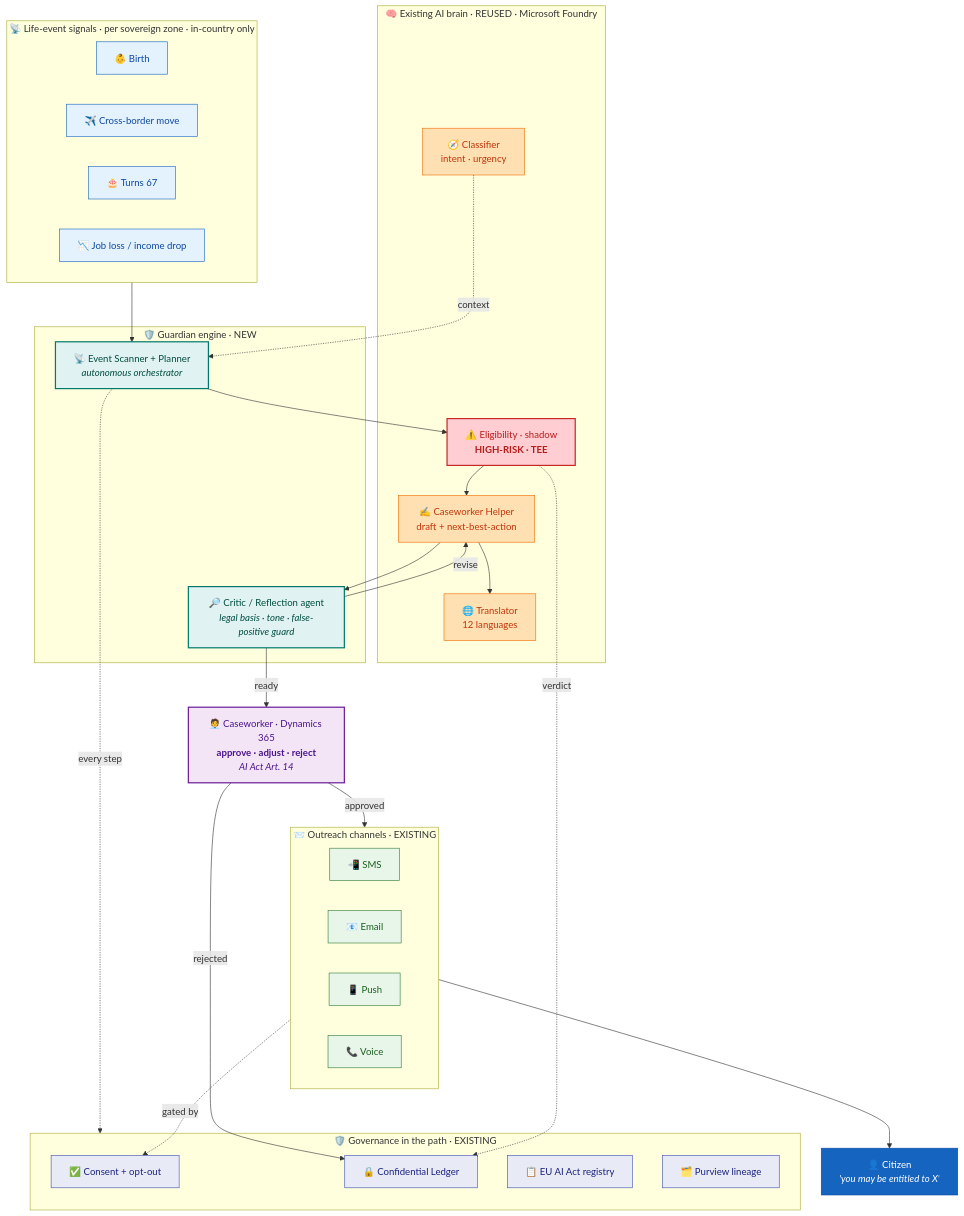
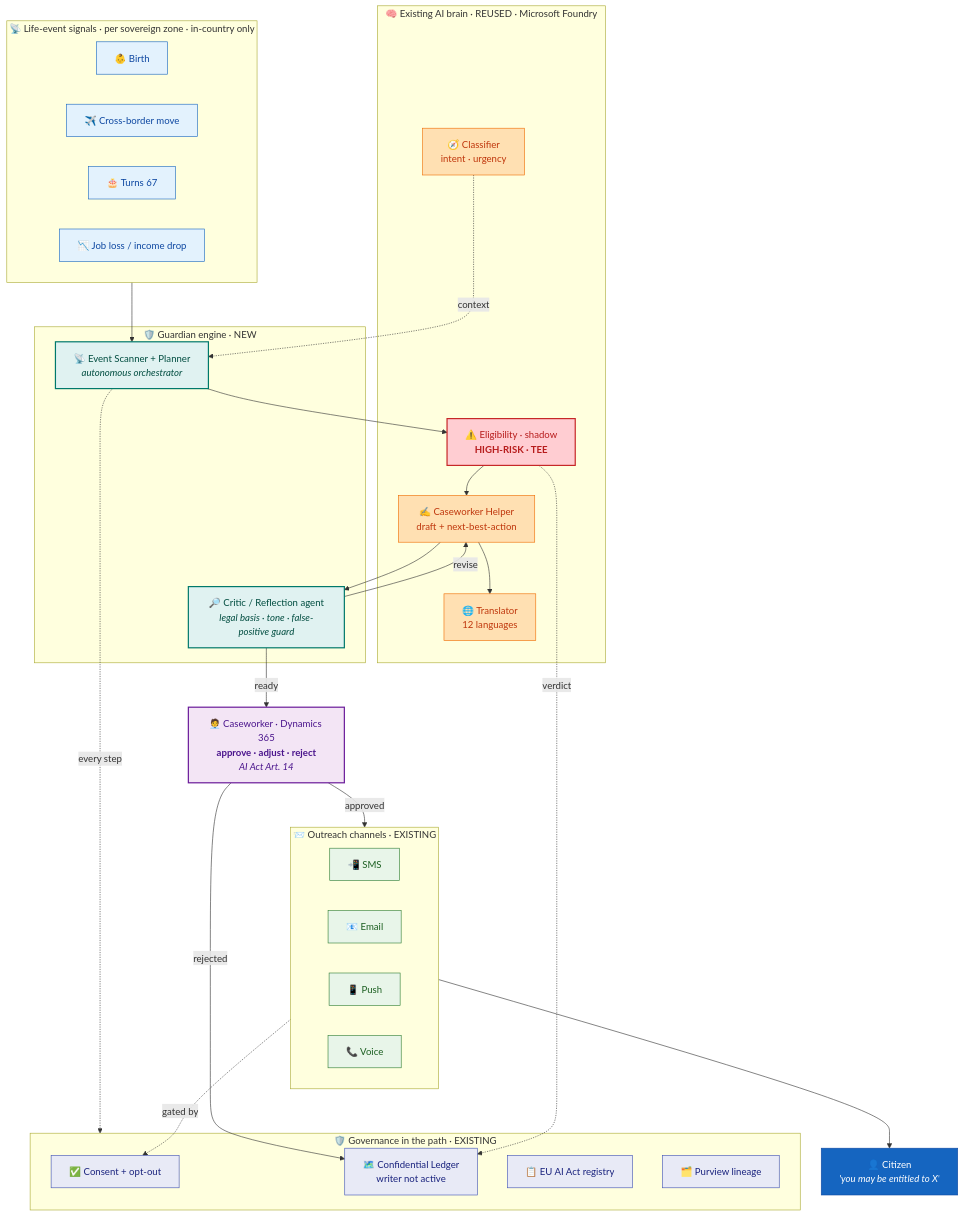
One commit to fredgis/UDCSP changed the third of 3 diagrams in docs/biz/guardian.md. Above: the diagram before and after it, drawn with Mermaid. The commit also changed other lines of this file and 105 other files, not shown here.

````diff
--- a/docs/biz/guardian.md
+++ b/docs/biz/guardian.md
@@ -194,77 +198,77 @@
 ```mermaid
 flowchart TB
     %% ---------------- Signals ----------------
     subgraph SIGNALS["📡 Life-event signals · per sovereign zone · in-country only"]
         BIRTH["👶 Birth"]
         MOVE["✈️ Cross-border move"]
         AGE["🎂 Turns 67"]
         JOB["📉 Job loss / income drop"]
     end
 
     %% ---------------- Guardian engine (new) ----------------
     subgraph ENGINE["🛡️ Guardian engine · NEW"]
         SCAN["📡 Event Scanner + Planner<br/><i>autonomous orchestrator</i>"]
         CRITIC["🔎 Critic / Reflection agent<br/><i>legal basis · tone · false-positive guard</i>"]
     end
 
     %% ---------------- Reused brain ----------------
     subgraph BRAIN["🧠 Existing AI brain · REUSED · Microsoft Foundry"]
         ELI["⚠️ Eligibility · shadow<br/><b>HIGH-RISK · TEE</b>"]
         CWH["✍️ Caseworker Helper<br/>draft + next-best-action"]
         TRA["🌐 Translator<br/>12 languages"]
         CLS["🧭 Classifier<br/>intent · urgency"]
     end
 
     %% ---------------- Human gate ----------------
     HUMAN["🧑‍💼 Caseworker · Dynamics 365<br/><b>approve · adjust · reject</b><br/><i>AI Act Art. 14</i>"]
 
     %% ---------------- Outreach ----------------
     subgraph OUT["📨 Outreach channels · EXISTING"]
         SMS["📲 SMS"]
         EMAIL["📧 Email"]
         PUSH["📱 Push"]
         VOICE["📞 Voice"]
     end
 
     CITIZEN["👤 Citizen<br/><i>'you may be entitled to X'</i>"]
 
     %% ---------------- Governance ----------------
     subgraph GOV["🛡️ Governance in the path · EXISTING"]
         CONSENT["✅ Consent + opt-out"]
-        LEDGER["🔒 Confidential Ledger"]
+        LEDGER["🗺️ Confidential Ledger<br/>writer not active"]
         REG["📋 EU AI Act registry"]
         PUR["🗂️ Purview lineage"]
     end
 
     SIGNALS --> SCAN
     SCAN --> ELI --> CWH
     CWH --> TRA
     CLS -. context .-> SCAN
     CWH --> CRITIC
     CRITIC -- revise --> CWH
     CRITIC -- ready --> HUMAN
     HUMAN -- approved --> OUT --> CITIZEN
     HUMAN -- rejected --> LEDGER
 
     SCAN -. every step .-> GOV
     ELI -. verdict .-> LEDGER
     OUT -. gated by .-> CONSENT
 
     classDef sig fill:#E3F2FD,stroke:#1565C0,color:#0D47A1
     classDef new fill:#E0F2F1,stroke:#00796B,color:#004D40,stroke-width:2px
     classDef agent fill:#FFE0B2,stroke:#EF6C00,color:#BF360C
     classDef risk fill:#FFCDD2,stroke:#C62828,color:#B71C1C,stroke-width:2px
     classDef human fill:#F3E5F5,stroke:#6A1B9A,color:#4A148C,stroke-width:2px
     classDef chan fill:#E8F5E9,stroke:#2E7D32,color:#1B5E20
     classDef gov fill:#E8EAF6,stroke:#3F51B5,color:#1A237E
     classDef cit fill:#1565C0,stroke:#0D47A1,color:#fff
 
     class BIRTH,MOVE,AGE,JOB sig
     class SCAN,CRITIC new
     class ELI risk
     class CWH,TRA,CLS agent
     class HUMAN human
     class SMS,EMAIL,PUSH,VOICE chan
     class CONSENT,LEDGER,REG,PUR gov
     class CITIZEN cit
 ```
````
